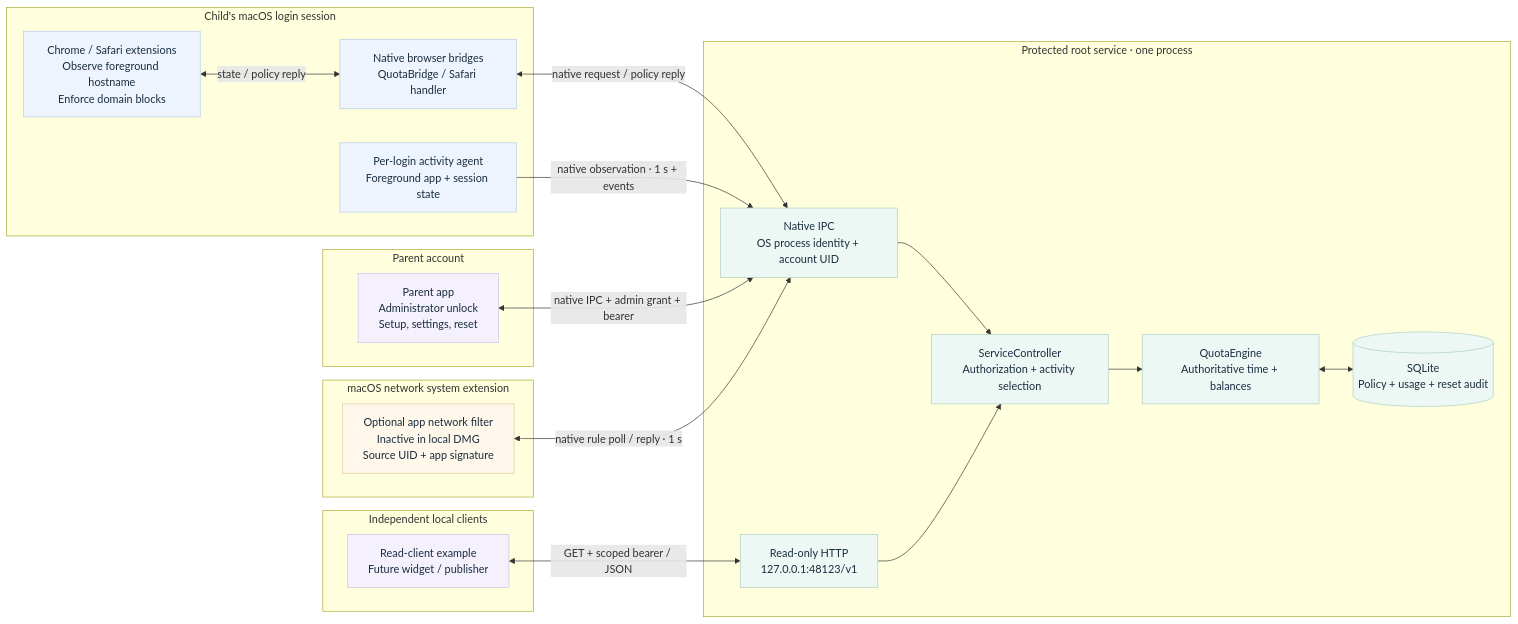
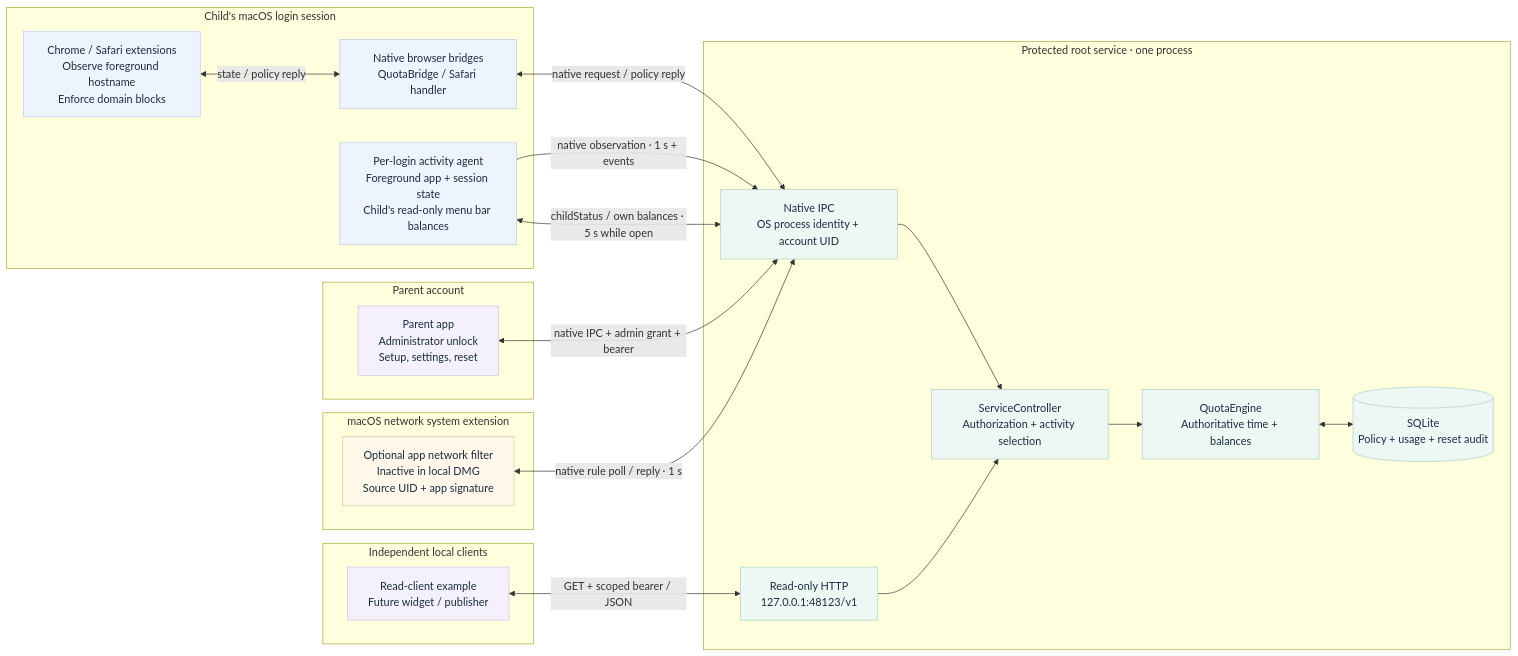
The diagram in docs/architecture.mmd (unixist/kids-quota), drawn with Mermaid before and after one commit. The commit also changed 26 other files, not shown here.

```diff
--- a/docs/architecture.mmd
+++ b/docs/architecture.mmd
@@ -1,46 +1,47 @@
 flowchart LR
     subgraph child["Child's macOS login session"]
         browser["Chrome / Safari extensions<br/>Observe foreground hostname<br/>Enforce domain blocks"]
         bridges["Native browser bridges<br/>QuotaBridge / Safari handler"]
-        agent["Per-login activity agent<br/>Foreground app + session state"]
+        agent["Per-login activity agent<br/>Foreground app + session state<br/>Child's read-only menu bar balances"]
         browser <-->|"state / policy reply"| bridges
     end
 
     subgraph service["Protected root service · one process"]
         ipc["Native IPC<br/>OS process identity + account UID"]
         http["Read-only HTTP<br/>127.0.0.1:48123/v1"]
         controller["ServiceController<br/>Authorization + activity selection"]
         engine["QuotaEngine<br/>Authoritative time + balances"]
         db[("SQLite<br/>Policy + usage + reset audit")]
         ipc --> controller
         http --> controller
         controller --> engine
         engine <--> db
     end
 
     subgraph parent["Parent account"]
         gui["Parent app<br/>Administrator unlock<br/>Setup, settings, reset"]
     end
 
     subgraph integrations["Independent local clients"]
         readers["Read-client example<br/>Future widget / publisher"]
     end
 
     subgraph os["macOS network system extension"]
         filter["Optional app network filter<br/>Inactive in local DMG<br/>Source UID + app signature"]
     end
 
     bridges <-->|"native request / policy reply"| ipc
     agent -->|"native observation · 1 s + events"| ipc
+    agent <-->|"childStatus / own balances · 5 s while open"| ipc
     gui <-->|"native IPC + admin grant + bearer"| ipc
     readers <-->|"GET + scoped bearer / JSON"| http
     filter <-->|"native rule poll / reply · 1 s"| ipc
 
     classDef childNode fill:#edf4fd,stroke:#b9cee7,color:#192d40
     classDef serviceNode fill:#edf7f4,stroke:#accfc2,color:#192d40
     classDef parentNode fill:#f4f1fc,stroke:#cdc1e8,color:#192d40
     classDef filterNode fill:#fff7e9,stroke:#ddc89e,color:#192d40
     class browser,bridges,agent childNode
     class ipc,http,controller,engine,db serviceNode
     class gui,readers parentNode
     class filter filterNode
```
